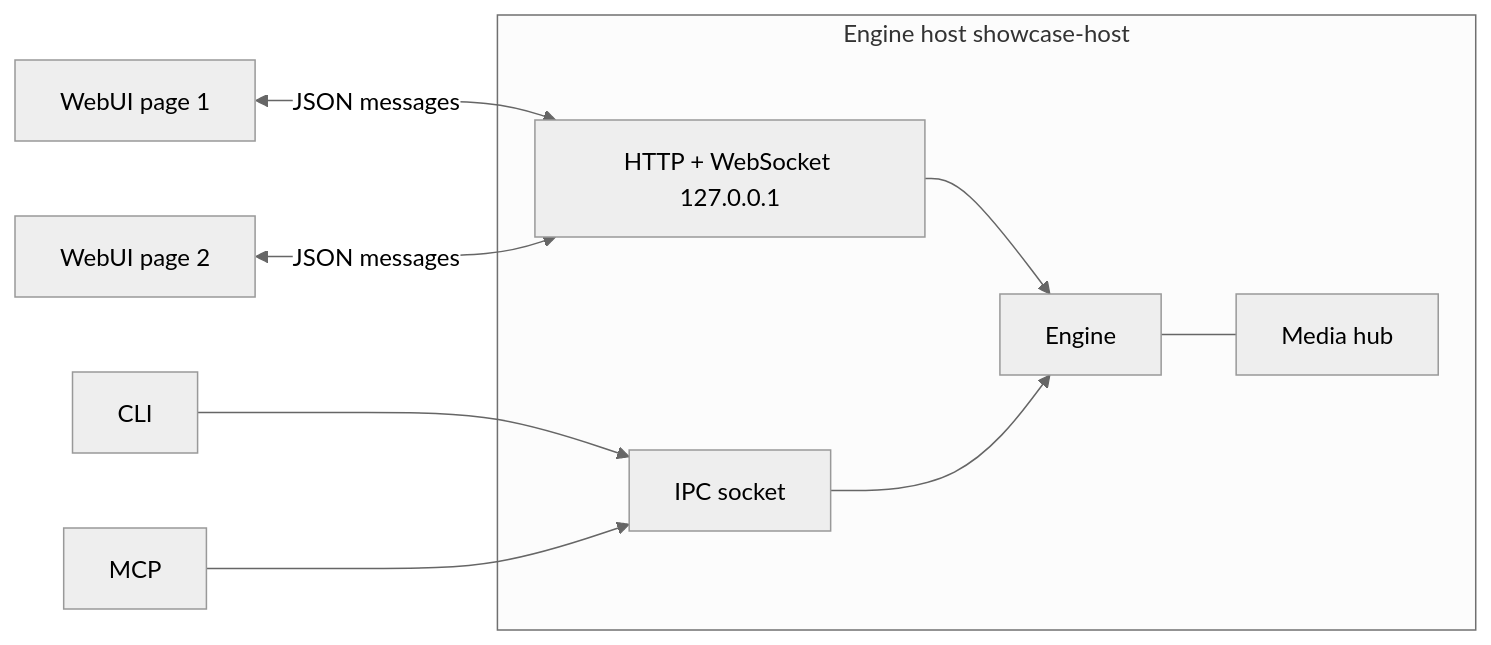
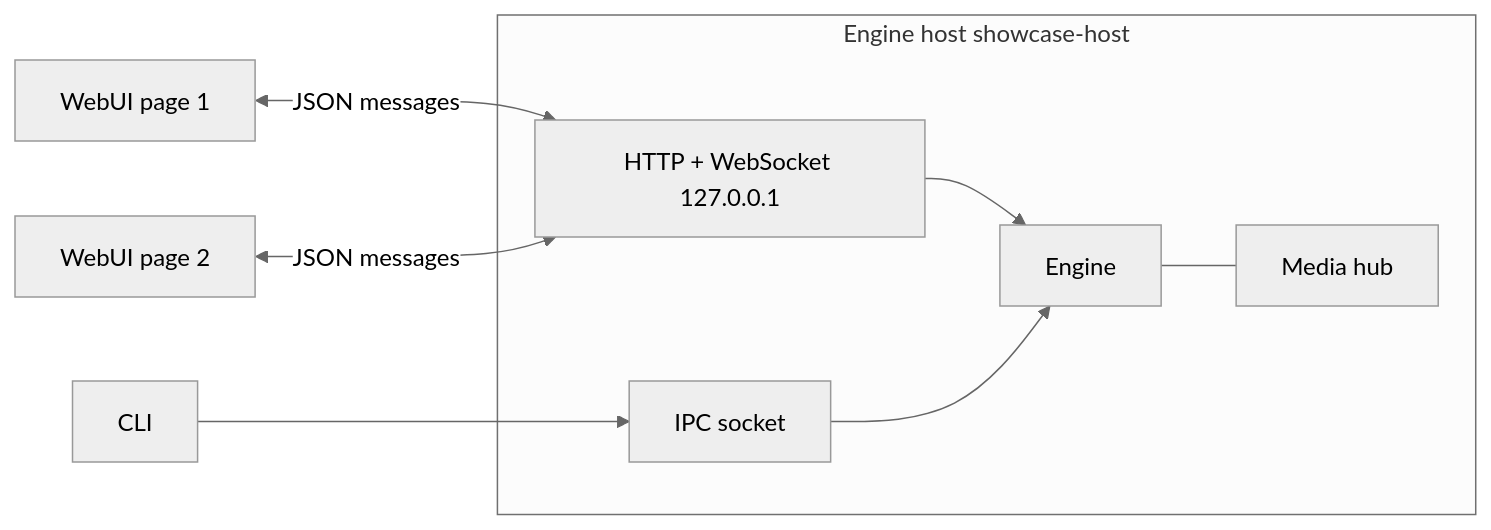
The second of 2 diagrams in Docs/Implementation/Web.md (AimesSoft/Bern), drawn with Mermaid (neutral theme) before and after one commit. The commit also changed other lines of this file and 139 other files, not shown here.

````diff
--- a/Docs/Implementation/Web.md
+++ b/Docs/Implementation/Web.md
@@ -162,12 +162,11 @@
 ```mermaid
 flowchart LR
     subgraph Host[Engine host showcase-host]
         Engine[Engine] --- Hub[Media hub]
         WS[HTTP + WebSocket 127.0.0.1] --> Engine
         IPC[IPC socket] --> Engine
     end
     Page1[WebUI page 1] <-->|JSON messages| WS
     Page2[WebUI page 2] <-->|JSON messages| WS
     CLI[CLI] --> IPC
-    MCP[MCP] --> IPC
 ```
````
